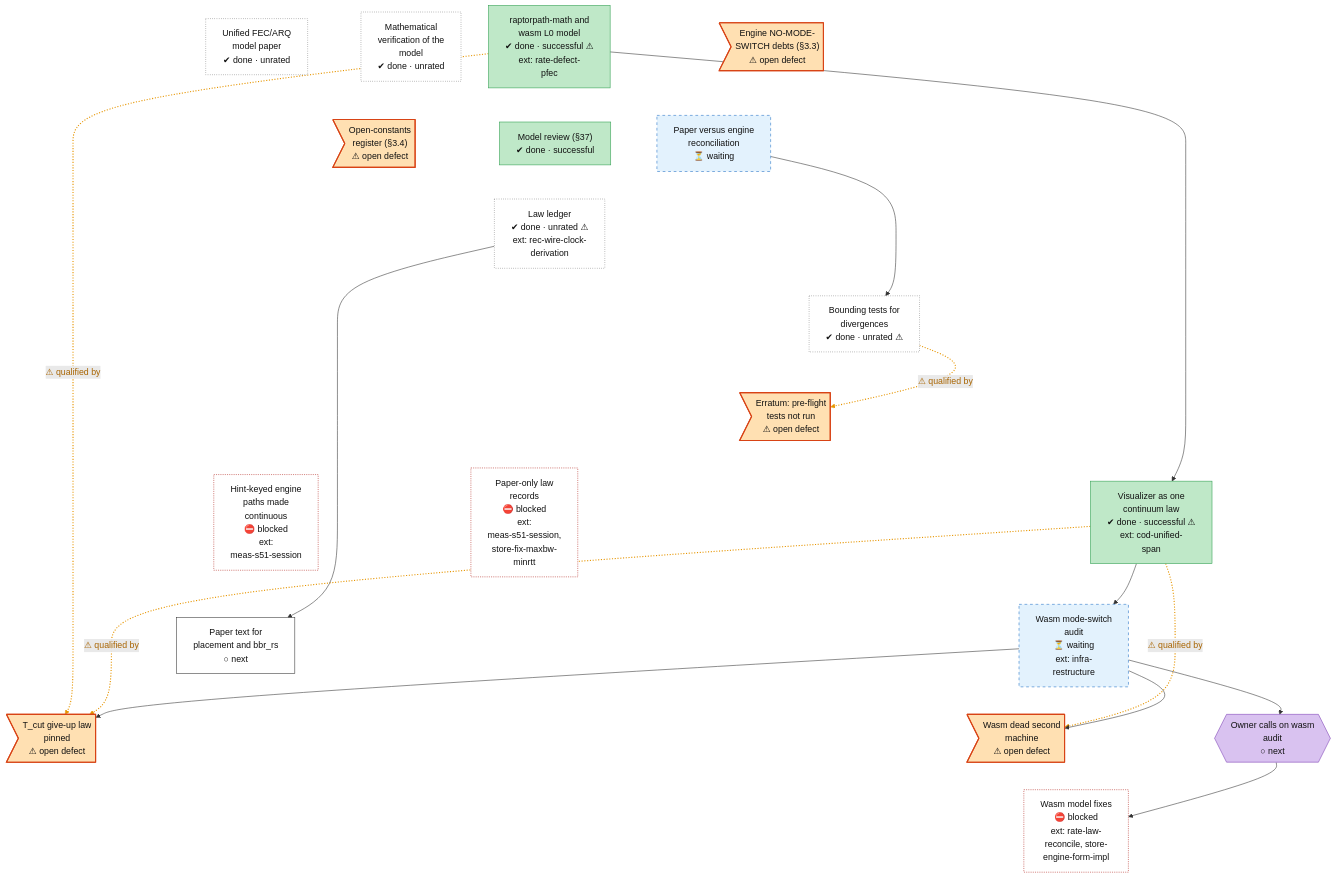
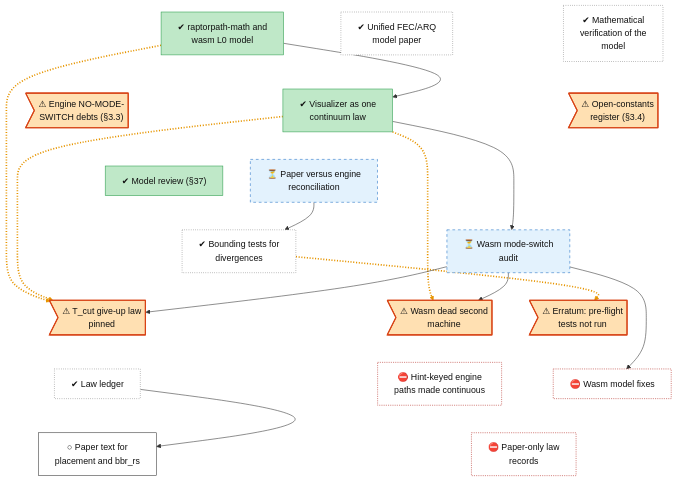
The diagram in docs/roadmap/tracks/model.md (lhns/raptorpath), drawn with Mermaid before and after one commit. The commit also changed 15 other files, not shown here.

Commit message:
roadmap: one direction (time) in every diagram, shorter labels, text legend, timeline on its own page, owner decisions kept out of diagrams

````diff
--- a/docs/roadmap/tracks/model.md
+++ b/docs/roadmap/tracks/model.md
@@ -10,93 +10,52 @@
 ```mermaid
 flowchart TB
-    model_paper_v1["Unified FEC/ARQ<br/>model paper<br/>✔ done · unrated"]
-    model_math_verification["Mathematical<br/>verification of the<br/>model<br/>✔ done · unrated"]
-    model_wasm_l0["raptorpath-math and<br/>wasm L0 model<br/>✔ done · successful ⚠<br/>ext: rate-defect-<br/>pfec"]
-    model_vis_continuum["Visualizer as one<br/>continuum law<br/>✔ done · successful ⚠<br/>ext: cod-unified-<br/>span"]
-    model_mode_switch_debts>"Engine NO-MODE-<br/>SWITCH debts (#167;3.3)<br/>⚠ open defect"]
-    model_open_constants>"Open-constants<br/>register (#167;3.4)<br/>⚠ open defect"]
-    model_review_37["Model review (#167;37)<br/>✔ done · successful"]
-    model_paper_recon["Paper versus engine<br/>reconciliation<br/>⏳ waiting"]
-    model_bound_tests["Bounding tests for<br/>divergences<br/>✔ done · unrated ⚠"]
-    model_wasm_audit["Wasm mode-switch<br/>audit<br/>⏳ waiting<br/>ext: infra-<br/>restructure"]
-    model_defect_tcut>"T_cut give-up law<br/>pinned<br/>⚠ open defect"]
-    model_defect_dead_machine>"Wasm dead second<br/>machine<br/>⚠ open defect"]
-    model_bound_tests_unrun>"Erratum: pre-flight<br/>tests not run<br/>⚠ open defect"]
-    model_law_ledger["Law ledger<br/>✔ done · unrated ⚠<br/>ext: rec-wire-clock-<br/>derivation"]
-    model_fix_hint_keyed_paths["Hint-keyed engine<br/>paths made<br/>continuous<br/>⛔ blocked<br/>ext:<br/>meas-s51-session"]
-    model_user_wasm_calls{{"Owner calls on wasm<br/>audit<br/>○ next"}}
-    model_wasm_fixes["Wasm model fixes<br/>⛔ blocked<br/>ext: rate-law-<br/>reconcile, store-<br/>engine-form-impl"]
-    model_fix_paper_p2["Paper text for<br/>placement and bbr_rs<br/>○ next"]
-    model_fix_paper_p3["Paper-only law<br/>records<br/>⛔ blocked<br/>ext:<br/>meas-s51-session,<br/>store-fix-maxbw-<br/>minrtt"]
-    model_paper_v1 ~~~ model_open_constants
-    model_paper_v1 ~~~ model_review_37
-    model_paper_v1 ~~~ model_paper_recon
-    model_paper_v1 ~~~ model_bound_tests_unrun
+    model_paper_v1["✔ Unified FEC/ARQ<br/>model paper"]
+    model_wasm_l0["✔ raptorpath-math and<br/>wasm L0 model"]
+    model_math_verification["✔ Mathematical<br/>verification of the<br/>model"]
+    model_vis_continuum["✔ Visualizer as one<br/>continuum law"]
+    model_mode_switch_debts>"⚠ Engine NO-MODE-<br/>SWITCH debts (#167;3.3)"]
+    model_open_constants>"⚠ Open-constants<br/>register (#167;3.4)"]
+    model_review_37["✔ Model review (#167;37)"]
+    model_paper_recon["⏳ Paper versus engine<br/>reconciliation"]
+    model_bound_tests["✔ Bounding tests for<br/>divergences"]
+    model_wasm_audit["⏳ Wasm mode-switch<br/>audit"]
+    model_defect_tcut>"⚠ T_cut give-up law<br/>pinned"]
+    model_defect_dead_machine>"⚠ Wasm dead second<br/>machine"]
+    model_bound_tests_unrun>"⚠ Erratum: pre-flight<br/>tests not run"]
+    model_law_ledger["✔ Law ledger"]
+    model_fix_hint_keyed_paths["⛔ Hint-keyed engine<br/>paths made continuous"]
+    model_wasm_fixes["⛔ Wasm model fixes"]
+    model_fix_paper_p2["○ Paper text for<br/>placement and bbr_rs"]
+    model_fix_paper_p3["⛔ Paper-only law<br/>records"]
+    model_paper_v1 ~~~ model_vis_continuum
+    model_wasm_l0 ~~~ model_mode_switch_debts
     model_math_verification ~~~ model_open_constants
-    model_math_verification ~~~ model_review_37
-    model_math_verification ~~~ model_paper_recon
-    model_math_verification ~~~ model_bound_tests_unrun
-    model_wasm_l0 ~~~ model_open_constants
-    model_wasm_l0 ~~~ model_review_37
-    model_wasm_l0 ~~~ model_paper_recon
-    model_wasm_l0 ~~~ model_bound_tests_unrun
-    model_mode_switch_debts ~~~ model_open_constants
-    model_mode_switch_debts ~~~ model_review_37
+    model_vis_continuum ~~~ model_review_37
     model_mode_switch_debts ~~~ model_paper_recon
-    model_mode_switch_debts ~~~ model_bound_tests_unrun
-    model_open_constants ~~~ model_law_ledger
-    model_open_constants ~~~ model_fix_hint_keyed_paths
-    model_open_constants ~~~ model_fix_paper_p3
-    model_open_constants ~~~ model_vis_continuum
-    model_review_37 ~~~ model_law_ledger
-    model_review_37 ~~~ model_fix_hint_keyed_paths
-    model_review_37 ~~~ model_fix_paper_p3
-    model_review_37 ~~~ model_vis_continuum
-    model_paper_recon ~~~ model_law_ledger
-    model_paper_recon ~~~ model_fix_hint_keyed_paths
-    model_paper_recon ~~~ model_fix_paper_p3
-    model_paper_recon ~~~ model_vis_continuum
-    model_bound_tests_unrun ~~~ model_law_ledger
-    model_bound_tests_unrun ~~~ model_fix_hint_keyed_paths
-    model_bound_tests_unrun ~~~ model_fix_paper_p3
-    model_bound_tests_unrun ~~~ model_vis_continuum
-    model_law_ledger ~~~ model_bound_tests
+    model_open_constants ~~~ model_paper_recon
+    model_review_37 ~~~ model_bound_tests
+    model_paper_recon ~~~ model_wasm_audit
+    model_bound_tests ~~~ model_defect_tcut
+    model_wasm_audit ~~~ model_defect_dead_machine
+    model_wasm_audit ~~~ model_bound_tests_unrun
+    model_defect_tcut ~~~ model_law_ledger
+    model_defect_dead_machine ~~~ model_fix_hint_keyed_paths
+    model_bound_tests_unrun ~~~ model_wasm_fixes
     model_law_ledger ~~~ model_fix_paper_p2
-    model_law_ledger ~~~ model_wasm_audit
-    model_fix_hint_keyed_paths ~~~ model_bound_tests
-    model_fix_hint_keyed_paths ~~~ model_fix_paper_p2
-    model_fix_hint_keyed_paths ~~~ model_wasm_audit
-    model_fix_paper_p3 ~~~ model_bound_tests
-    model_fix_paper_p3 ~~~ model_fix_paper_p2
-    model_fix_paper_p3 ~~~ model_wasm_audit
-    model_vis_continuum ~~~ model_bound_tests
-    model_vis_continuum ~~~ model_fix_paper_p2
-    model_vis_continuum ~~~ model_wasm_audit
-    model_bound_tests ~~~ model_defect_tcut
-    model_bound_tests ~~~ model_defect_dead_machine
-    model_bound_tests ~~~ model_user_wasm_calls
-    model_fix_paper_p2 ~~~ model_defect_tcut
-    model_fix_paper_p2 ~~~ model_defect_dead_machine
-    model_fix_paper_p2 ~~~ model_user_wasm_calls
-    model_wasm_audit ~~~ model_defect_tcut
-    model_wasm_audit ~~~ model_defect_dead_machine
-    model_wasm_audit ~~~ model_user_wasm_calls
-    model_defect_tcut ~~~ model_wasm_fixes
-    model_defect_dead_machine ~~~ model_wasm_fixes
-    model_user_wasm_calls ~~~ model_wasm_fixes
-    model_wasm_l0 -.->|⚠ qualified by| model_defect_tcut
+    model_fix_hint_keyed_paths ~~~ model_fix_paper_p3
+    model_wasm_fixes ~~~ model_fix_paper_p3
+    model_wasm_l0 -.-> model_defect_tcut
     model_wasm_l0 --> model_vis_continuum
-    model_vis_continuum -.->|⚠ qualified by| model_defect_dead_machine
-    model_vis_continuum -.->|⚠ qualified by| model_defect_tcut
+    model_vis_continuum -.-> model_defect_dead_machine
+    model_vis_continuum -.-> model_defect_tcut
     model_paper_recon --> model_bound_tests
-    model_bound_tests -.->|⚠ qualified by| model_bound_tests_unrun
+    model_bound_tests -.-> model_bound_tests_unrun
     model_vis_continuum --> model_wasm_audit
     model_wasm_audit --> model_defect_tcut
     model_wasm_audit --> model_defect_dead_machine
-    model_wasm_audit --> model_user_wasm_calls
-    model_user_wasm_calls --> model_wasm_fixes
+    model_wasm_audit --> model_wasm_fixes
     model_law_ledger --> model_fix_paper_p2
-    linkStyle 56,58,59,61 stroke:#e69500,stroke-width:2px,stroke-dasharray:2 3,color:#a86400
+    linkStyle 17,19,20,22 stroke:#e69500,stroke-width:3px,stroke-dasharray:2 3
     classDef vsucc fill:#2e9e4f,stroke:#1b6b34,color:#fff
     classDef succ fill:#bfe8c8,stroke:#2e9e4f,color:#111
     classDef mixed fill:#ffd37a,stroke:#c98a00,color:#111
@@ -115,6 +74,5 @@
     class model_mode_switch_debts,model_open_constants,model_defect_tcut,model_defect_dead_machine,model_bound_tests_unrun defect
     class model_paper_recon,model_wasm_audit waiting
     class model_fix_hint_keyed_paths,model_wasm_fixes,model_fix_paper_p3 blocked
-    class model_user_wasm_calls userdec
     class model_fix_paper_p2 next
 ```
````
